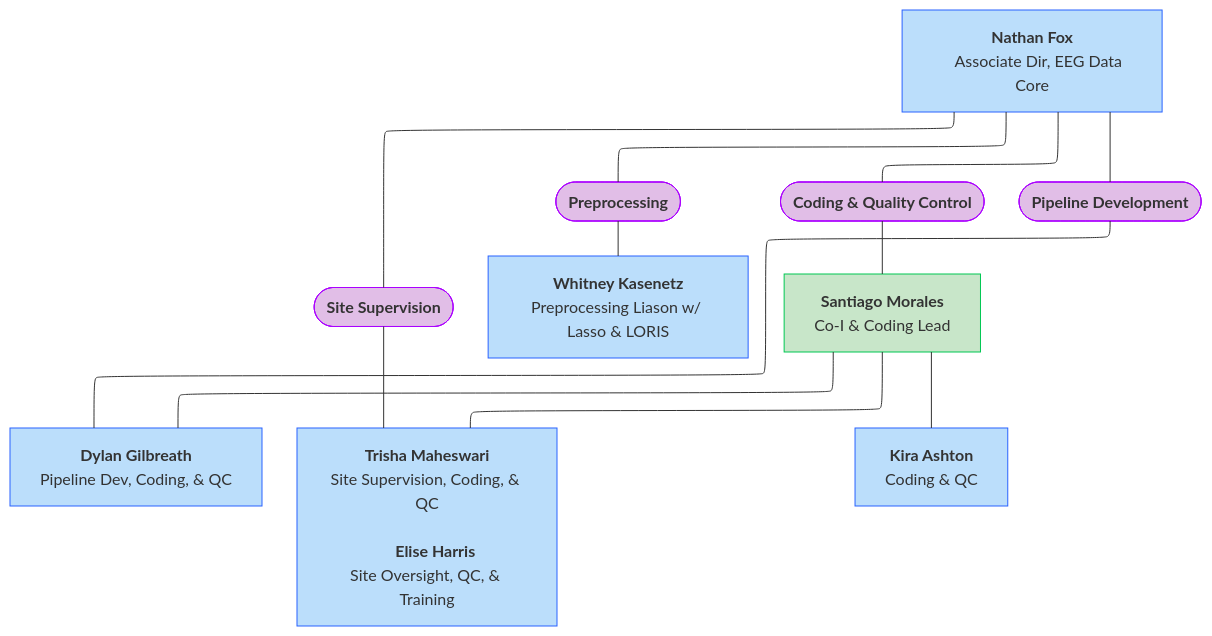
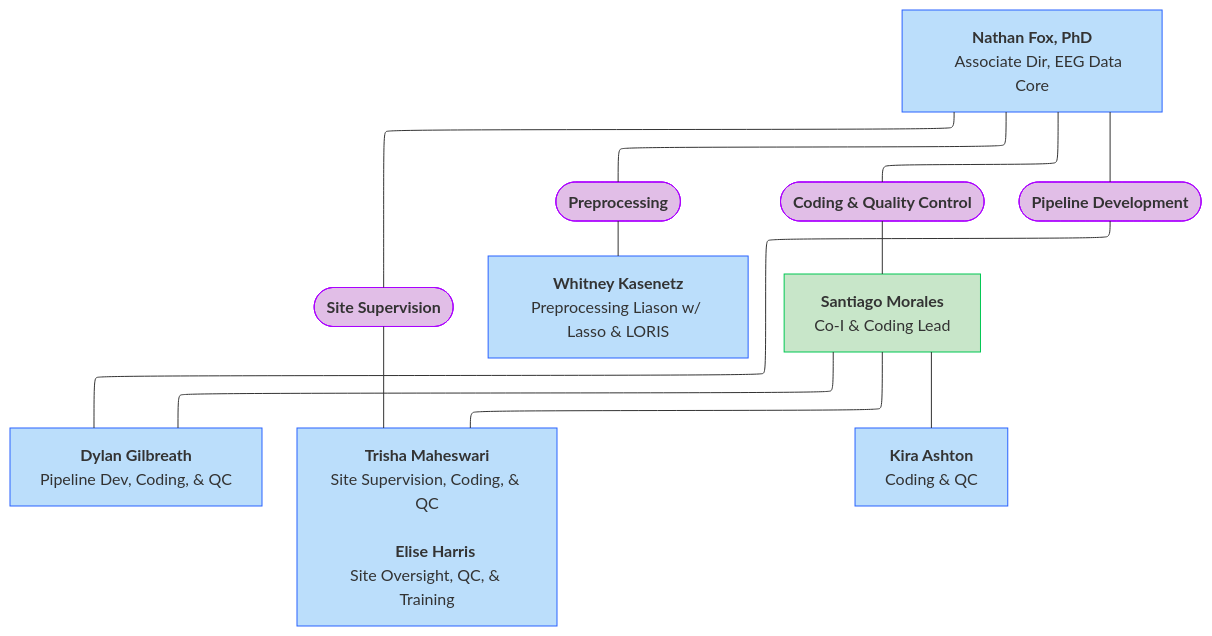
One commit to DCAN-Labs/hbcd-docs-internal changed the tenth of 12 diagrams in docs/orgcharts.md. Above: the diagram before and after it, drawn with Mermaid. The commit also changed other lines of this file, not shown here.

Commit message:
minor fix

````diff
--- a/docs/orgcharts.md
+++ b/docs/orgcharts.md
@@ -910,25 +910,25 @@
 ```mermaid
 ---
 config:
   layout: elk
 ---
 flowchart TB
-    n16["<b>Nathan Fox</b>
+    n16["<b>Nathan Fox, PhD</b>
     Associate Dir, EEG Data Core"] --- n17(["<b>Preprocessing</b>"]) & n19(["<b>Coding &amp; Quality Control</b>"]) & n21(["<b>Pipeline Development</b>"]) & n29(["<b>Site Supervision</b>"])
     n17 --- n18["<b>Whitney Kasenetz</b><br>Preprocessing Liason w/ Lasso &amp; LORIS"]
     n21 --- n28["<b>Dylan Gilbreath</b><br>Pipeline Dev, Coding, &amp; QC"]
     n29 --- n30["<b>Trisha Maheswari</b><br>Site Supervision, Coding, &amp; QC<br>
     <b>Elise Harris<br></b>Site Oversight, QC, &amp; Training"]
     n19 --- n31["<b>Santiago Morales</b><br>Co-I &amp; Coding Lead"]
     n31 --- n27["<b>Kira Ashton</b><br>Coding &amp; QC"] & n30 & n28
     style n16 fill:#BBDEFB,stroke:#2962FF
     style n17 fill:#E1BEE7,stroke:#AA00FF
     style n19 fill:#E1BEE7,stroke:#AA00FF
     style n21 fill:#E1BEE7,stroke:#AA00FF
     style n29 fill:#E1BEE7,stroke:#AA00FF
     style n18 fill:#BBDEFB,stroke:#2962FF
     style n28 fill:#BBDEFB,stroke:#2962FF
     style n30 fill:#BBDEFB,stroke:#2962FF
     style n31 fill:#C8E6C9,stroke:#00C853
     style n27 fill:#BBDEFB,stroke:#2962FF
 ```
````
